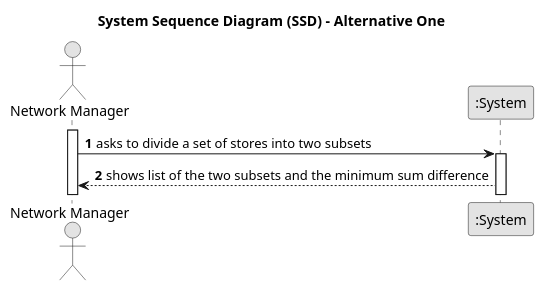
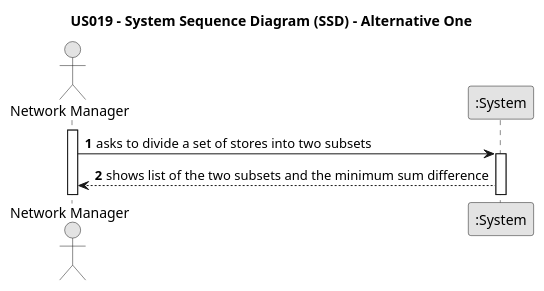
Before and after one commit to PureNimble/ISEP-LAPR2: the diagram in docs/sprintD/US019/01.requirements-engineering/puml/us19-system-sequence-diagram.puml, drawn with PlantUML. The commit also changed 14 other files, not shown here.

```diff
--- a/docs/sprintD/US019/01.requirements-engineering/puml/us19-system-sequence-diagram.puml
+++ b/docs/sprintD/US019/01.requirements-engineering/puml/us19-system-sequence-diagram.puml
@@ -1,20 +1,20 @@
 @startuml
 skinparam monochrome true
 skinparam packageStyle rectangle
 skinparam shadowing false
 
-title System Sequence Diagram (SSD) - Alternative One
+title US019 - System Sequence Diagram (SSD) - Alternative One
 
 autonumber
 
 actor "Network Manager" as NetworkManager
 participant ":System" as System
 
 activate NetworkManager
 
     NetworkManager -> System : asks to divide a set of stores into two subsets
     activate System
 
     System --> NetworkManager : shows list of the two subsets and the minimum sum difference
 
 @enduml
```
